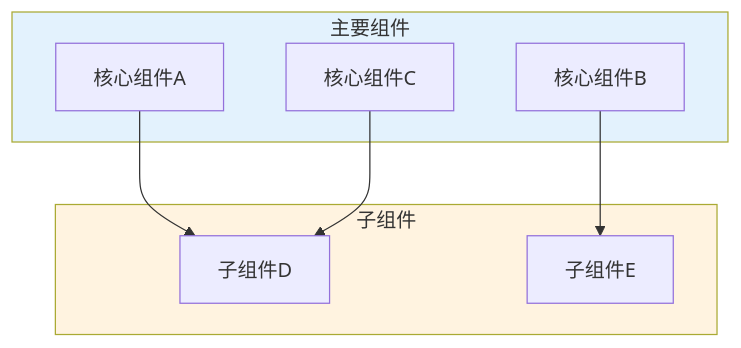
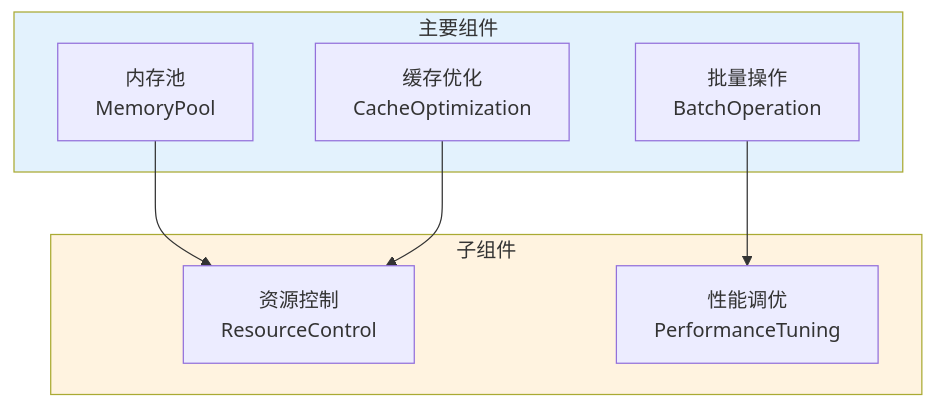
Diagram 24 of 24 in _posts/2025-07-05-indexlib-7-memory-management.md (zhouzhilong-commits/zhouzhilong-commits.github.io), drawn with Mermaid before and after one commit. The commit also changed other lines of this file and 3 other files, not shown here.

````diff
--- a/_posts/2025-07-05-indexlib-7-memory-management.md
+++ b/_posts/2025-07-05-indexlib-7-memory-management.md
@@ -1147,20 +1147,20 @@
 ```mermaid
 flowchart TD
     subgraph Main["主要组件"]
-        A["核心组件A"]
-        B["核心组件B"]
-        C["核心组件C"]
+        A["内存池<br/>MemoryPool"]
+        B["批量操作<br/>BatchOperation"]
+        C["缓存优化<br/>CacheOptimization"]
     end
     
     subgraph Sub["子组件"]
-        D["子组件D"]
-        E["子组件E"]
+        D["资源控制<br/>ResourceControl"]
+        E["性能调优<br/>PerformanceTuning"]
     end
     
     A --> D
     B --> E
     C --> D
     
     style Main fill:#e3f2fd
     style Sub fill:#fff3e0
 ```
````
